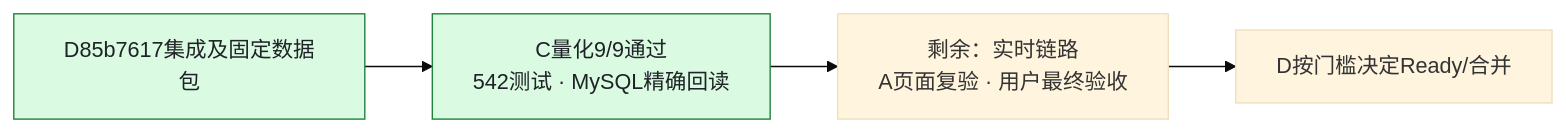
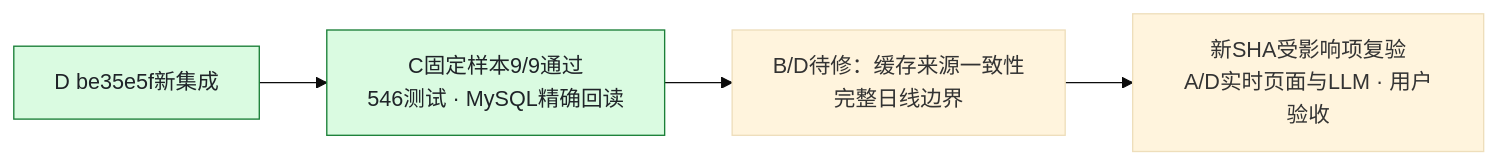
The diagram in docs/C_PROGRESS.md (27ye/ai-quant-platform), drawn with Mermaid (base theme) before and after one commit. The commit also changed other lines of this file and 9 other files, not shown here.

````diff
--- a/docs/C_PROGRESS.md
+++ b/docs/C_PROGRESS.md
@@ -7,8 +7,8 @@
 ```mermaid
 flowchart LR
-    I["D85b7617集成及固定数据包"] --> C["C量化9/9通过<br/>542测试 · MySQL精确回读"]
-    C --> R["剩余：实时链路<br/>A页面复验 · 用户最终验收"]
-    R --> M["D按门槛决定Ready/合并"]
+    I["D be35e5f新集成"] --> C["C固定样本9/9通过<br/>546测试 · MySQL精确回读"]
+    C --> R["B/D待修：缓存来源一致性<br/>完整日线边界"]
+    R --> N["新SHA受影响项复验<br/>A/D实时页面与LLM · 用户验收"]
     classDef done fill:#dafbe1,stroke:#1a7f37,color:#1f2328
     class I,C done
 ```
````
